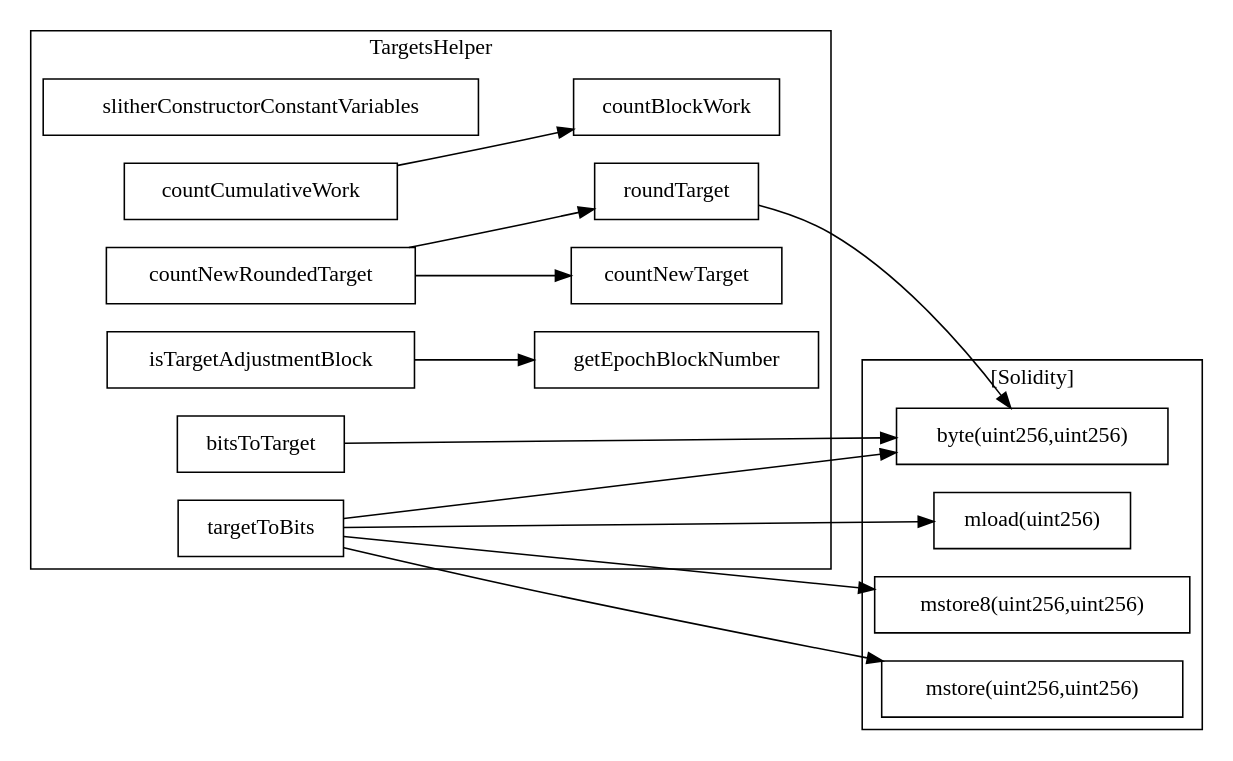
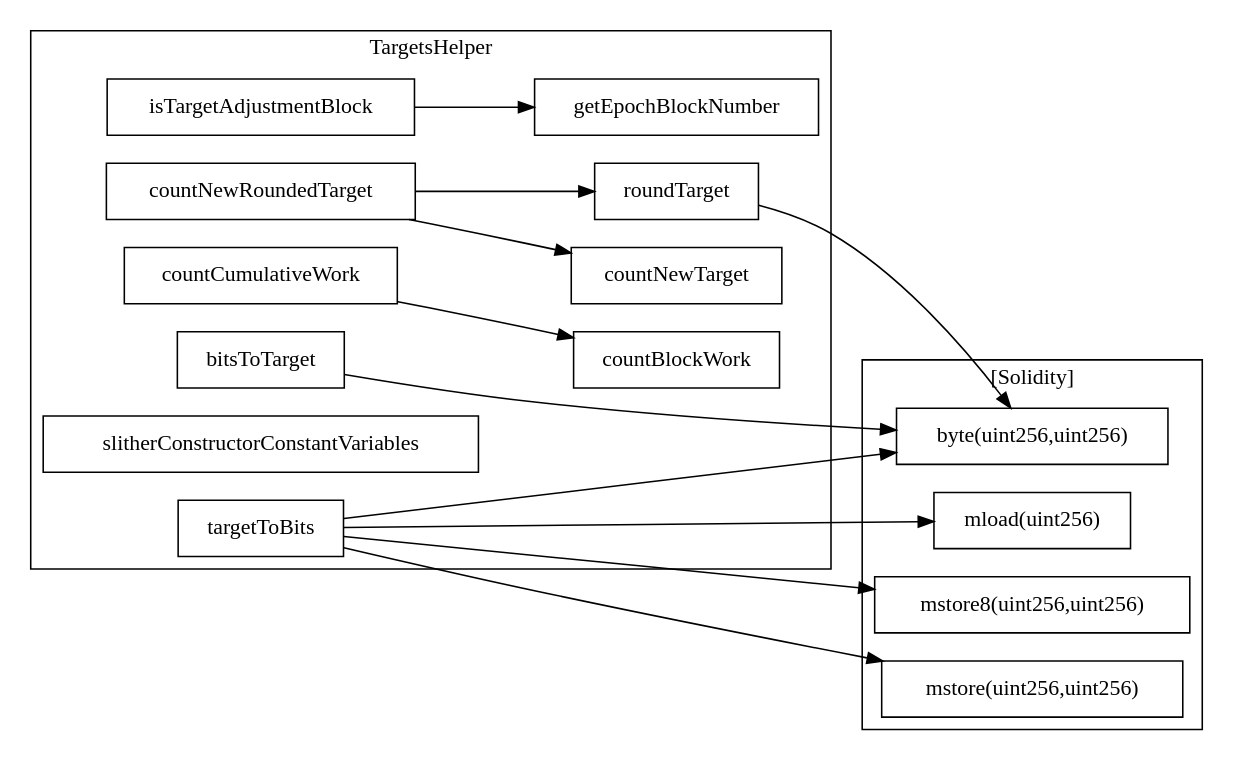
Before and after one commit to quidmints/SPV: the diagram in evm/slither-out/...TargetsHelper.call-graph.dot, drawn with Graphviz. The commit also changed 145 other files, not shown here.

```diff
--- a/evm/slither-out/...TargetsHelper.call-graph.dot
+++ b/evm/slither-out/...TargetsHelper.call-graph.dot
@@ -1,33 +1,33 @@
 strict digraph {
 rankdir="LR"
 node [shape=box]
-subgraph cluster_80472_TargetsHelper {
+subgraph cluster_85399_TargetsHelper {
 label = "TargetsHelper"
-"80472_countBlockWork" [label="countBlockWork"]
-"80472_slitherConstructorConstantVariables" [label="slitherConstructorConstantVariables"]
-"80472_countCumulativeWork" [label="countCumulativeWork"]
-"80472_roundTarget" [label="roundTarget"]
-"80472_targetToBits" [label="targetToBits"]
-"80472_countNewTarget" [label="countNewTarget"]
-"80472_countNewRoundedTarget" [label="countNewRoundedTarget"]
-"80472_bitsToTarget" [label="bitsToTarget"]
-"80472_isTargetAdjustmentBlock" [label="isTargetAdjustmentBlock"]
-"80472_getEpochBlockNumber" [label="getEpochBlockNumber"]
-"80472_countNewRoundedTarget" -> "80472_countNewTarget"
-"80472_countNewRoundedTarget" -> "80472_roundTarget"
-"80472_isTargetAdjustmentBlock" -> "80472_getEpochBlockNumber"
-"80472_countCumulativeWork" -> "80472_countBlockWork"
+"85399_countBlockWork" [label="countBlockWork"]
+"85399_roundTarget" [label="roundTarget"]
+"85399_isTargetAdjustmentBlock" [label="isTargetAdjustmentBlock"]
+"85399_bitsToTarget" [label="bitsToTarget"]
+"85399_targetToBits" [label="targetToBits"]
+"85399_getEpochBlockNumber" [label="getEpochBlockNumber"]
+"85399_countNewRoundedTarget" [label="countNewRoundedTarget"]
+"85399_slitherConstructorConstantVariables" [label="slitherConstructorConstantVariables"]
+"85399_countCumulativeWork" [label="countCumulativeWork"]
+"85399_countNewTarget" [label="countNewTarget"]
+"85399_countNewRoundedTarget" -> "85399_roundTarget"
+"85399_countCumulativeWork" -> "85399_countBlockWork"
+"85399_isTargetAdjustmentBlock" -> "85399_getEpochBlockNumber"
+"85399_countNewRoundedTarget" -> "85399_countNewTarget"
 }subgraph cluster_solidity {
 label = "[Solidity]"
-"byte(uint256,uint256)" 
 "mstore8(uint256,uint256)" 
 "mstore(uint256,uint256)" 
+"byte(uint256,uint256)" 
 "mload(uint256)" 
-"80472_targetToBits" -> "mstore8(uint256,uint256)"
-"80472_targetToBits" -> "mload(uint256)"
-"80472_bitsToTarget" -> "byte(uint256,uint256)"
-"80472_targetToBits" -> "byte(uint256,uint256)"
-"80472_roundTarget" -> "byte(uint256,uint256)"
-"80472_targetToBits" -> "mstore(uint256,uint256)"
+"85399_bitsToTarget" -> "byte(uint256,uint256)"
+"85399_targetToBits" -> "byte(uint256,uint256)"
+"85399_targetToBits" -> "mstore8(uint256,uint256)"
+"85399_targetToBits" -> "mload(uint256)"
+"85399_roundTarget" -> "byte(uint256,uint256)"
+"85399_targetToBits" -> "mstore(uint256,uint256)"
 }
 }
```
